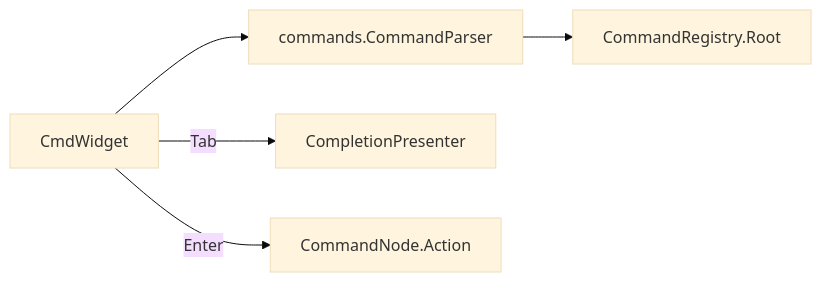
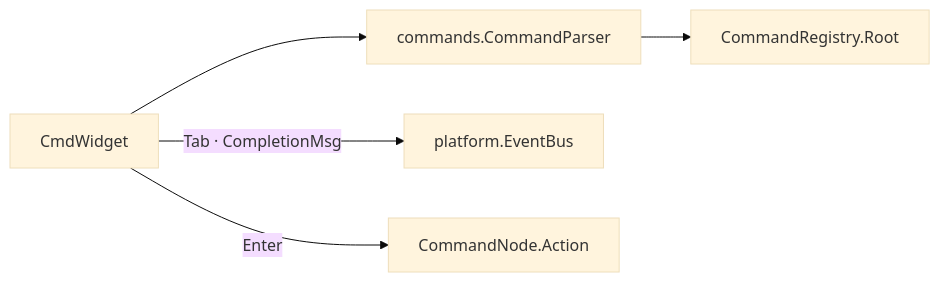
The fourth of 4 diagrams in docs/INPUT.md (yairgd/gdbforge), drawn with Mermaid (base theme) before and after one commit. The commit also changed other lines of this file and 15 other files, not shown here.

````diff
--- a/docs/INPUT.md
+++ b/docs/INPUT.md
@@ -279,13 +266,13 @@
 ```mermaid
 flowchart LR
     CmdLine["CmdWidget"]
     Parser["commands.CommandParser"]
     Tree["CommandRegistry.Root"]
-    Presenter["CompletionPresenter"]
+    Bus["platform.EventBus"]
     Action["CommandNode.Action"]
 
     CmdLine --> Parser
     Parser --> Tree
-    CmdLine -->|"Tab"| Presenter
+    CmdLine -->|"Tab · CompletionMsg"| Bus
     CmdLine -->|"Enter"| Action
 ```
````
